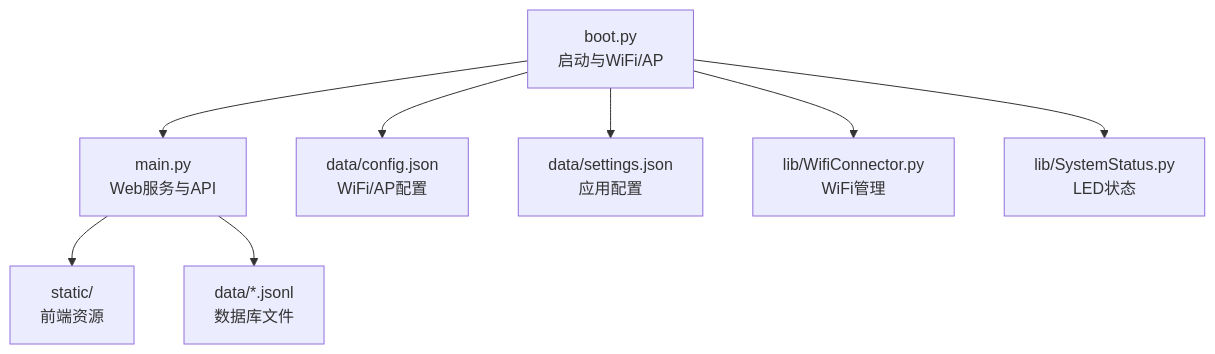
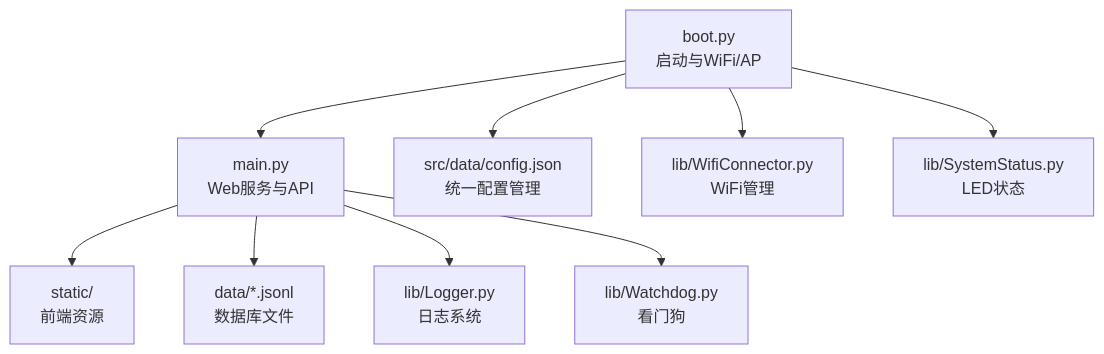
One commit to qq20739111/weilushishe-lishitai changed the first of 3 diagrams in .qoder/repowiki/zh/content/部署运维/软件配置.md. Above: the diagram before and after it, drawn with Mermaid. The commit also changed other lines of this file and 23 other files, not shown here.

````diff
--- a/.qoder/repowiki/zh/content/部署运维/软件配置.md
+++ b/.qoder/repowiki/zh/content/部署运维/软件配置.md
@@ -45,10 +53,11 @@
 ```mermaid
 graph TB
 Boot["boot.py<br/>启动与WiFi/AP"] --> Main["main.py<br/>Web服务与API"]
-Boot --> Config["data/config.json<br/>WiFi/AP配置"]
-Boot --> Settings["data/settings.json<br/>应用配置"]
+Boot --> Config["src/data/config.json<br/>统一配置管理"]
 Boot --> LibWC["lib/WifiConnector.py<br/>WiFi管理"]
 Boot --> LibSS["lib/SystemStatus.py<br/>LED状态"]
 Main --> Static["static/<br/>前端资源"]
 Main --> DB["data/*.jsonl<br/>数据库文件"]
+Main --> Logger["lib/Logger.py<br/>日志系统"]
+Main --> Watchdog["lib/Watchdog.py<br/>看门狗"]
 ```
````
